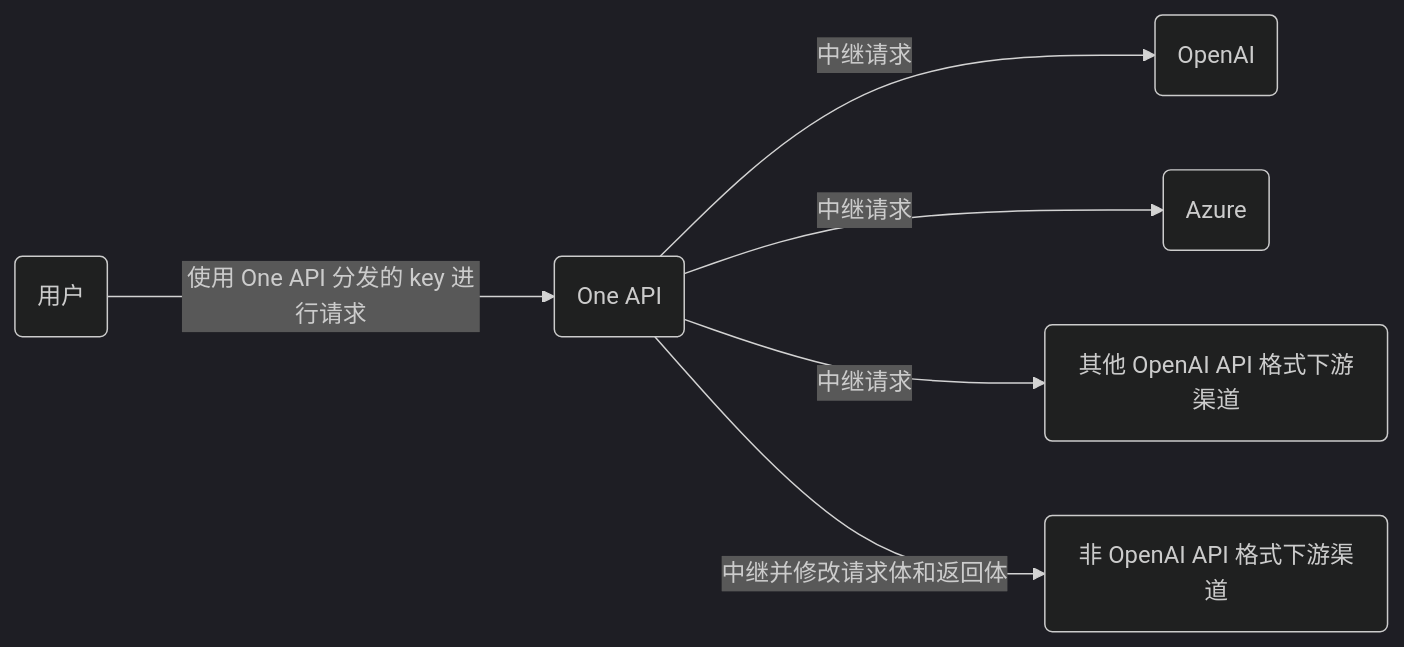
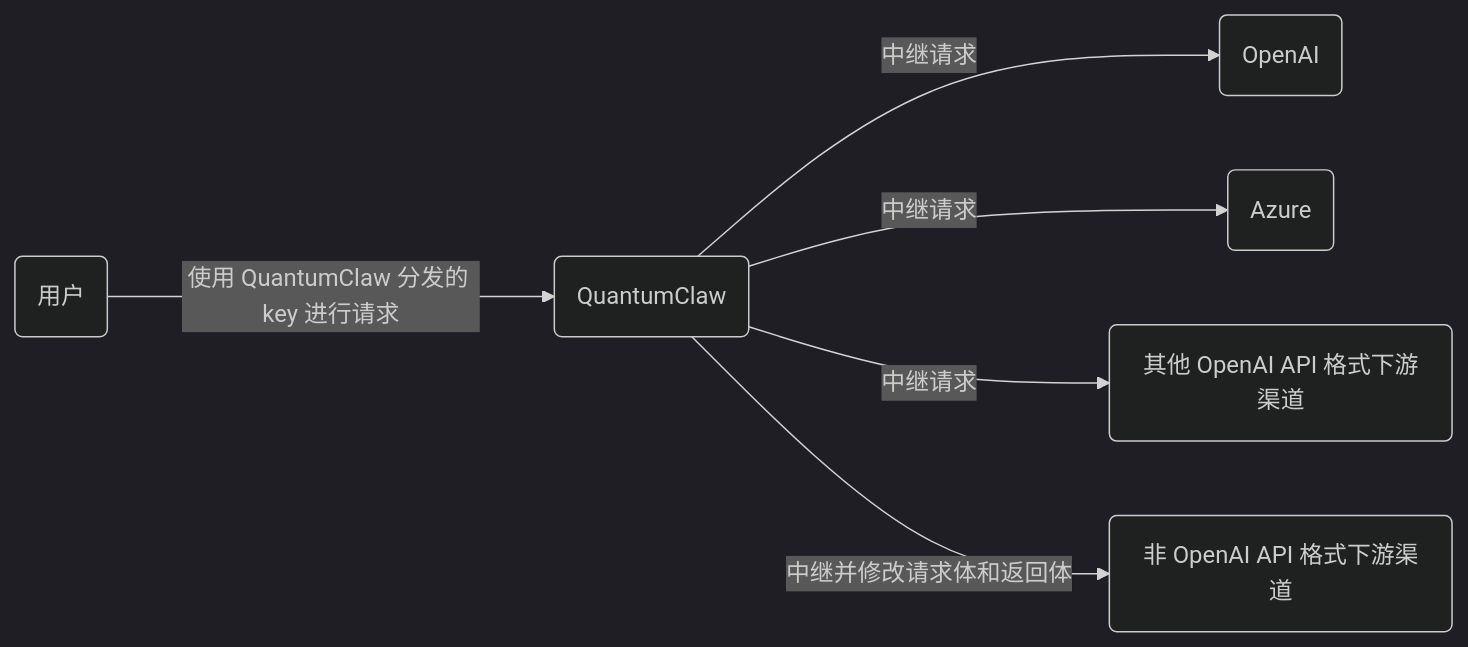
One commit to JonesVale/QuantumClaw changed the diagram in README.md. Above: the diagram before and after it, drawn with Mermaid (dark theme). The commit also changed other lines of this file and 606 other files, not shown here.

````diff
--- a/README.md
+++ b/README.md
@@ -340,9 +360,9 @@
 ```mermaid
 graph LR
     A(用户)
-    A --->|使用 One API 分发的 key 进行请求| B(One API)
+    A --->|使用 QuantumClaw 分发的 key 进行请求| B(QuantumClaw)
     B -->|中继请求| C(OpenAI)
     B -->|中继请求| D(Azure)
     B -->|中继请求| E(其他 OpenAI API 格式下游渠道)
     B -->|中继并修改请求体和返回体| F(非 OpenAI API 格式下游渠道)
 ```
````
